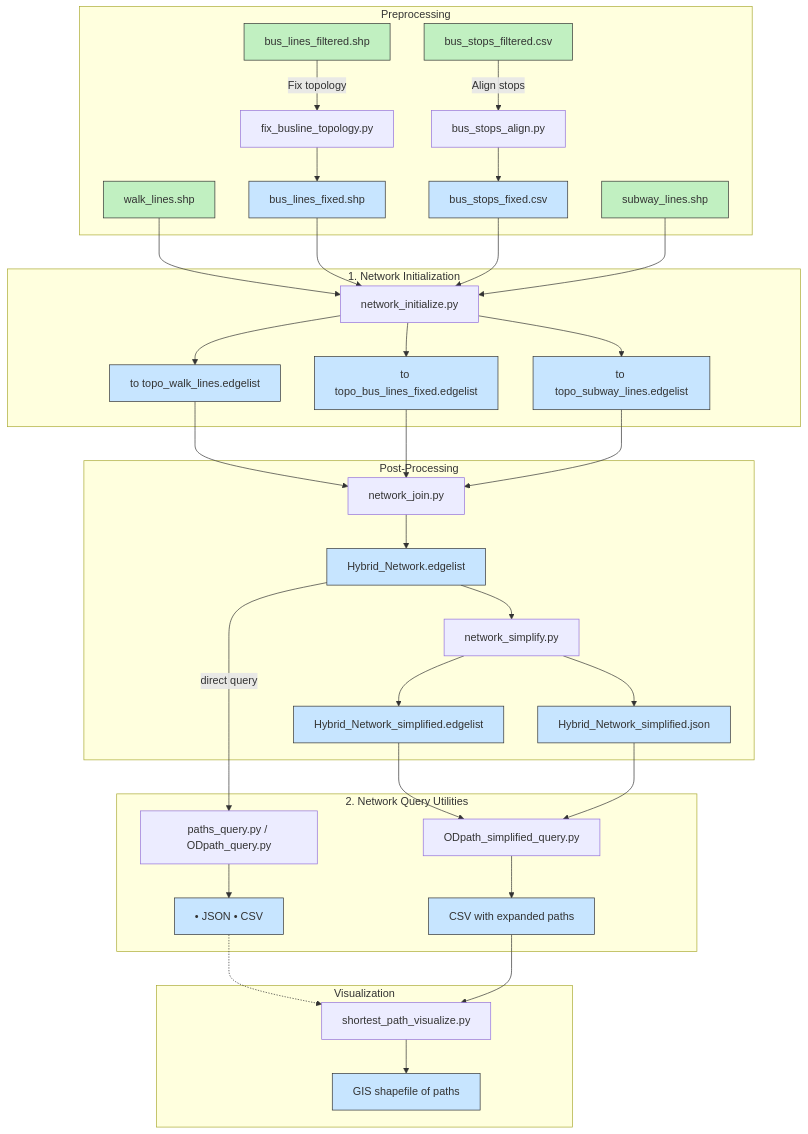
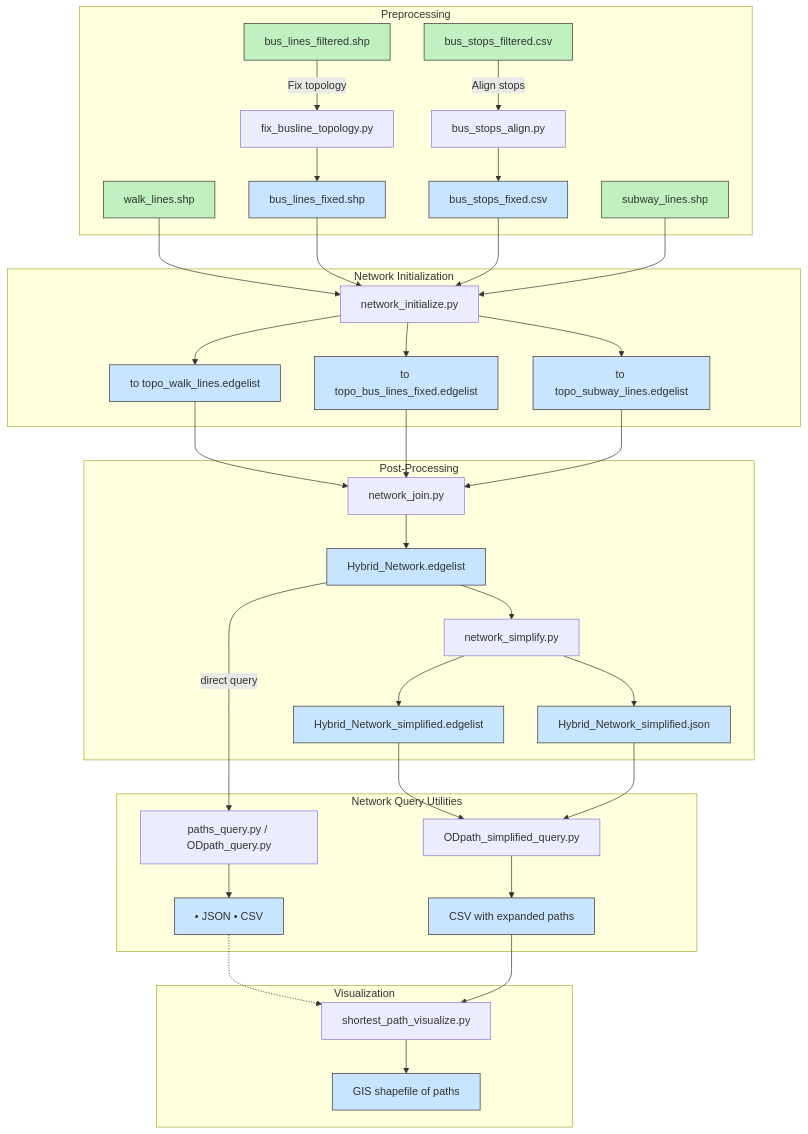
Before and after one commit to Hammerous/Transport_Network_Construct: the second of 2 diagrams in README.md, drawn with Mermaid.

Commit message:
Minor Changes to FULL Workflow graph

````diff
--- a/README.md
+++ b/README.md
@@ -385,58 +385,58 @@
 ```mermaid
 flowchart TD
   %% ====== RAW & PRE-PROCESS ======
   subgraph Preprocessing
     WL[walk_lines.shp]:::input
     BL[bus_lines_filtered.shp]:::input
     BS[bus_stops_filtered.csv]:::input
     SL[subway_lines.shp]:::input
 
     BL -->|Fix topology| FBT[fix_busline_topology.py]
     BS -->|Align stops| BSA[bus_stops_align.py]
 
     FBT --> FBT_OUT[bus_lines_fixed.shp]:::output
     BSA --> BSA_OUT[bus_stops_fixed.csv]:::output
   end
 
   %% ====== NETWORK INITIALIZATION ======
-  subgraph NetworkInitialization["1. Network Initialization"]
+  subgraph NetworkInitialization["Network Initialization"]
     WL --> NI[network_initialize.py]
     FBT_OUT --> NI
     BSA_OUT --> NI
     SL --> NI
     NI --> WALK[to topo_walk_lines.edgelist]:::output
     NI --> BUS[to topo_bus_lines_fixed.edgelist]:::output
     NI --> SUB[to topo_subway_lines.edgelist]:::output
   end
 
   %% ====== JOIN AND SIMPLIFY ======
   subgraph PostProcessing["Post-Processing"]
     WALK & BUS & SUB --> NJ[network_join.py]
     NJ --> JOIN_OUT[Hybrid_Network.edgelist]:::output
 
     JOIN_OUT --> NS[network_simplify.py]
     NS --> SIMPLIFIED_OUT[Hybrid_Network_simplified.edgelist]:::output
     NS --> MERGE_JSON[Hybrid_Network_simplified.json]:::output
   end
 
   %% ====== PATH QUERIES ======
-  subgraph QueryUtilities["2. Network Query Utilities"]
+  subgraph QueryUtilities["Network Query Utilities"]
     JOIN_OUT -->|direct query| PQ[paths_query.py / ODpath_query.py]
     PQ --> PQ_OUT[• JSON • CSV]:::output
 
     SIMPLIFIED_OUT --> SQ[ODpath_simplified_query.py]
     MERGE_JSON --> SQ
     SQ --> SQ_OUT[CSV with expanded paths]:::output
   end
 
   %% ====== VISUALIZATION ======
   subgraph Visualization
     PQ_OUT -.-> VIS[shortest_path_visualize.py]
     SQ_OUT --> VIS
     VIS --> SHP_OUT[GIS shapefile of paths]:::output
   end
 
   %% ====== STYLES ======
   classDef input fill:#c1f0c1,stroke:#333,stroke-width:1px;
   classDef output fill:#c7e5ff,stroke:#333,stroke-width:1px;
 ```
````
